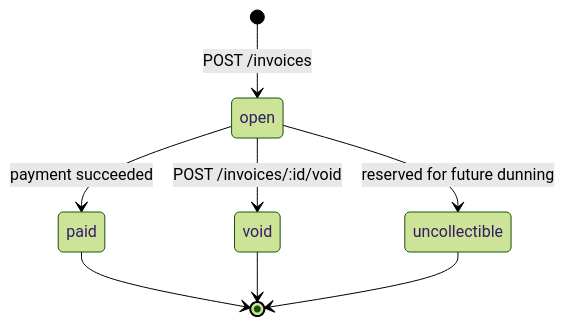
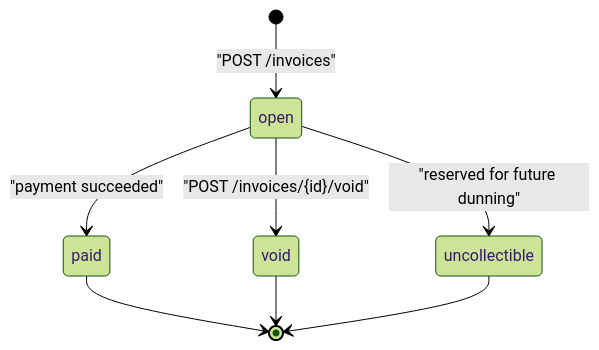
One commit to Ansh1902396/invoice-manager-api-rust changed the second of 2 diagrams in DESIGN.md. Above: the diagram before and after it, drawn with Mermaid (forest theme). The commit also changed other lines of this file, not shown here.

````diff
--- a/DESIGN.md
+++ b/DESIGN.md
@@ -34,10 +98,15 @@
 ```mermaid
 stateDiagram-v2
-    [*] --> open: POST /invoices
-    open --> paid: payment succeeded
-    open --> void: POST /invoices/:id/void
-    open --> uncollectible: reserved for future dunning
-    paid --> [*]
-    void --> [*]
-    uncollectible --> [*]
+    state "open" as Open
+    state "paid" as Paid
+    state "void" as Void
+    state "uncollectible" as Uncollectible
+
+    [*] --> Open: "POST /invoices"
+    Open --> Paid: "payment succeeded"
+    Open --> Void: "POST /invoices/{id}/void"
+    Open --> Uncollectible: "reserved for future dunning"
+    Paid --> [*]
+    Void --> [*]
+    Uncollectible --> [*]
 ```
````
